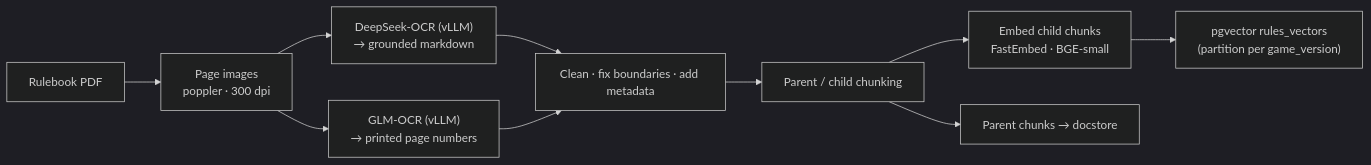
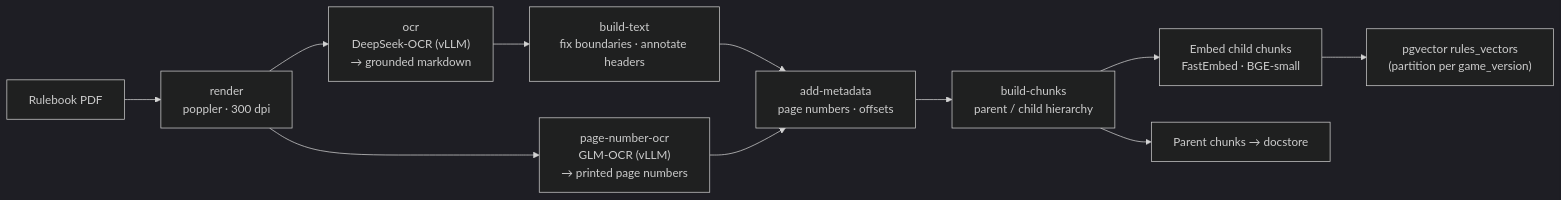
Before and after one commit to johntrimble/meeplemate: the fourth of 5 diagrams in README.md, drawn with Mermaid (dark theme). The commit also changed 31 other files, not shown here.

````diff
--- a/README.md
+++ b/README.md
@@ -199,12 +199,13 @@
 ```mermaid
 flowchart LR
-    pdf["Rulebook PDF"] --> img["Page images<br/>poppler · 300 dpi"]
-    img --> ocr["DeepSeek-OCR (vLLM)<br/>→ grounded markdown"]
-    img --> pnum["GLM-OCR (vLLM)<br/>→ printed page numbers"]
-    ocr --> meta["Clean · fix boundaries · add metadata"]
+    pdf["Rulebook PDF"] --> img["render<br/>poppler · 300 dpi"]
+    img --> ocr["ocr<br/>DeepSeek-OCR (vLLM)<br/>→ grounded markdown"]
+    img --> pnum["page-number-ocr<br/>GLM-OCR (vLLM)<br/>→ printed page numbers"]
+    ocr --> text["build-text<br/>fix boundaries · annotate headers"]
+    text --> meta["add-metadata<br/>page numbers · offsets"]
     pnum --> meta
-    meta --> chunk["Parent / child chunking"]
+    meta --> chunk["build-chunks<br/>parent / child hierarchy"]
     chunk --> emb["Embed child chunks<br/>FastEmbed · BGE-small"]
     emb --> vec["pgvector rules_vectors<br/>(partition per game_version)"]
     chunk --> doc["Parent chunks → docstore"]
 ```
````
